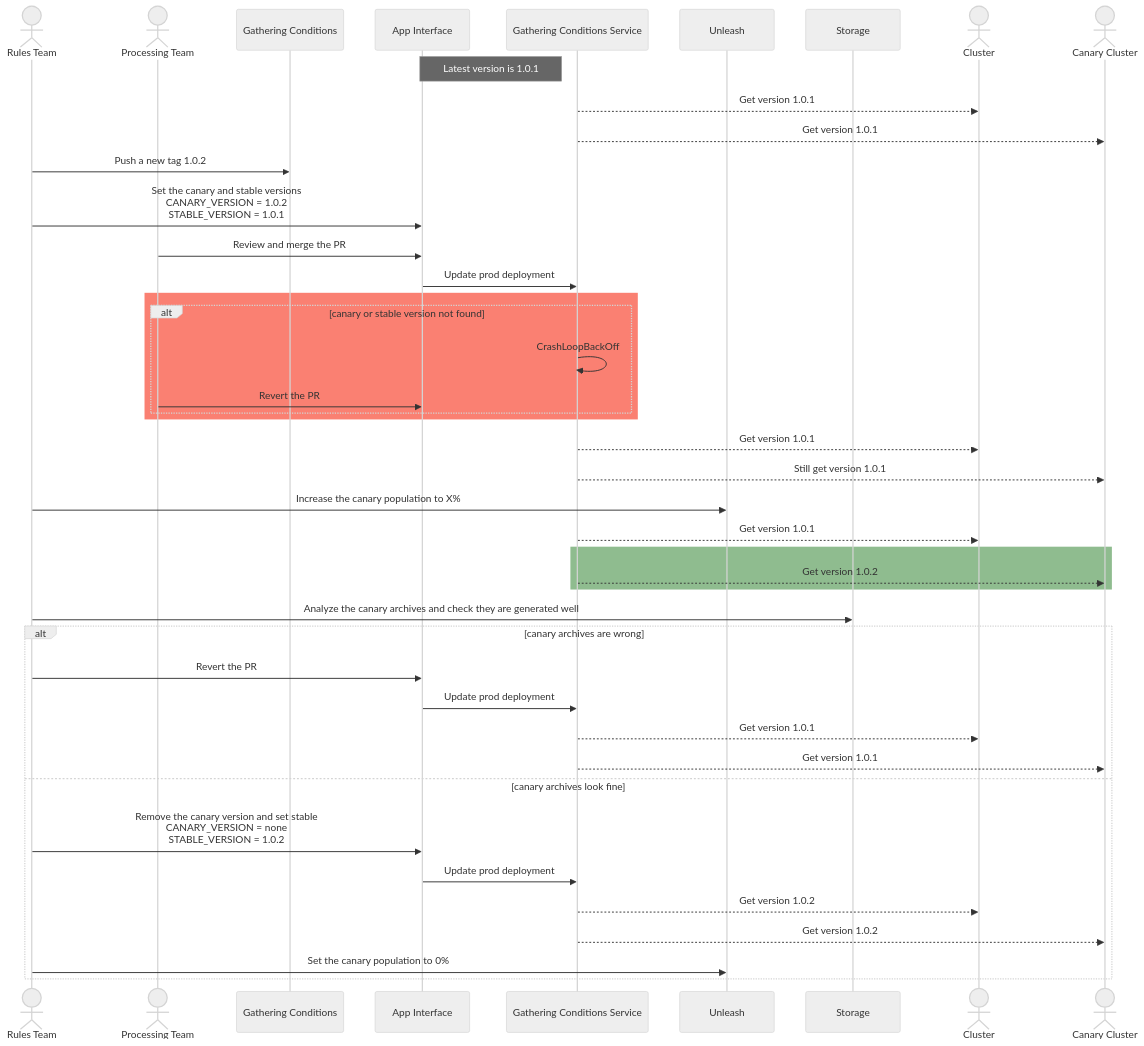
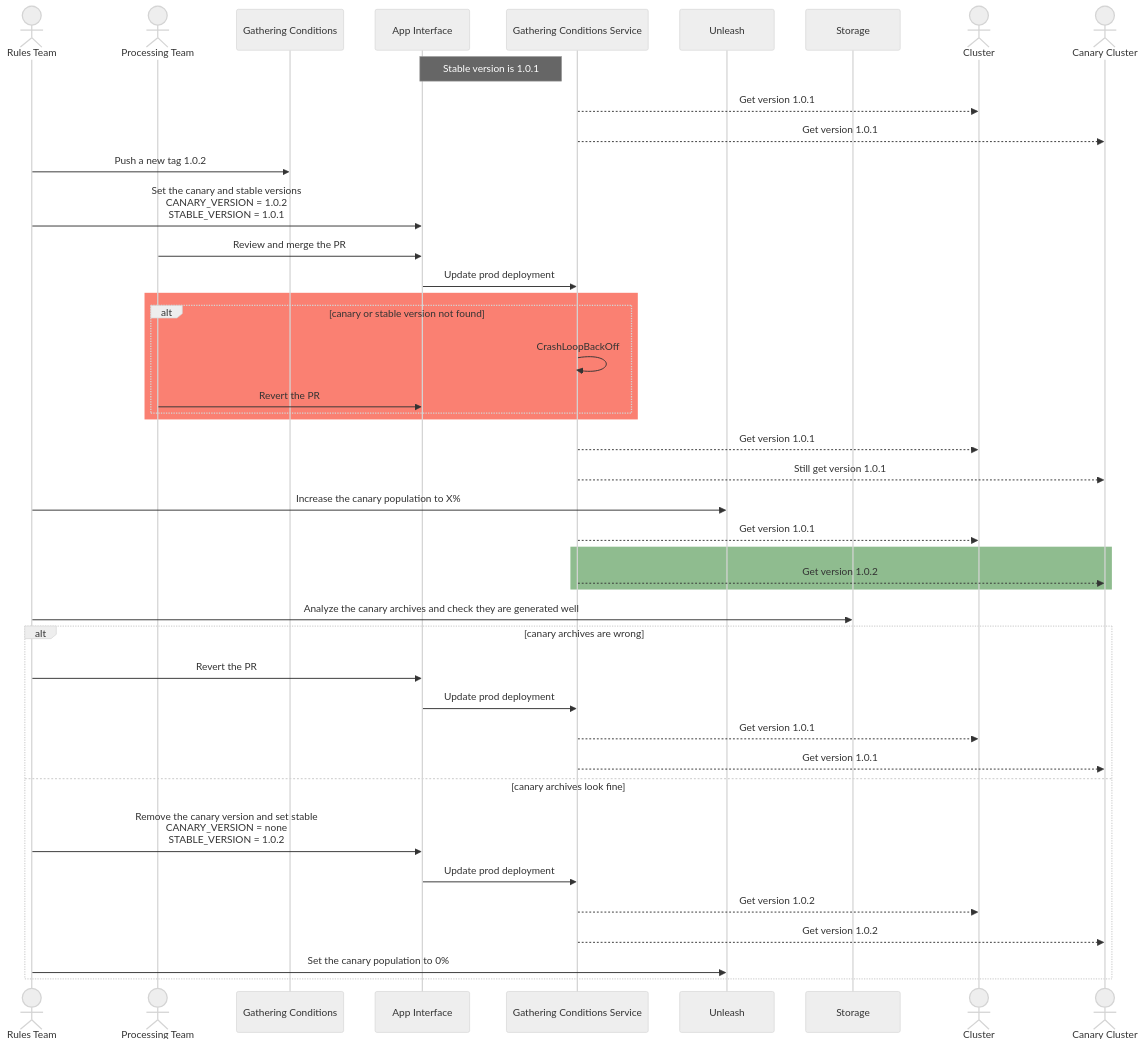
The diagram in docs/canary_releases.md (RedHatInsights/insights-operator-gathering-conditions-service), drawn with Mermaid (neutral theme) before and after one commit.

Commit message:
use terms consistently

````diff
--- a/docs/canary_releases.md
+++ b/docs/canary_releases.md
@@ -8,52 +8,52 @@
 ```mermaid
 sequenceDiagram
     actor RT as Rules Team
     actor PT as Processing Team
     participant GC as Gathering Conditions
     participant AI as App Interface
     participant GCS as Gathering Conditions Service
     participant Unleash
     participant Storage
     actor C as Cluster
     actor CC as Canary Cluster
 
-    Note left of GCS: Latest version is 1.0.1
+    Note left of GCS: Stable version is 1.0.1
     GCS -->> C: Get version 1.0.1
     GCS -->> CC: Get version 1.0.1
 
     RT ->> GC: Push a new tag 1.0.2
     RT ->> AI: Set the canary and stable versions<br/>CANARY_VERSION = 1.0.2<br/>STABLE_VERSION = 1.0.1
     PT ->> AI: Review and merge the PR
     AI ->> GCS: Update prod deployment
     
     rect rgb(250,128,114)
         alt canary or stable version not found
             GCS ->> GCS: CrashLoopBackOff
             PT ->> AI: Revert the PR
         end
     end
 
     GCS -->> C: Get version 1.0.1
     GCS -->> CC: Still get version 1.0.1
 
     RT ->> Unleash: Increase the canary population to X%
     GCS -->> C: Get version 1.0.1
     rect rgb(143,188,143)
         GCS -->> CC: Get version 1.0.2
     end
     
     RT ->> Storage: Analyze the canary archives and check they are generated well
 
     alt canary archives are wrong
         RT ->> AI: Revert the PR
         AI ->> GCS: Update prod deployment
         GCS -->> C: Get version 1.0.1
         GCS -->> CC: Get version 1.0.1
     else canary archives look fine
         RT ->> AI: Remove the canary version and set stable <br/>CANARY_VERSION = none<br/>STABLE_VERSION = 1.0.2
         AI ->> GCS: Update prod deployment
         GCS -->> C: Get version 1.0.2
         GCS -->> CC: Get version 1.0.2
         RT ->> Unleash: Set the canary population to 0%
     end
 ```
````
